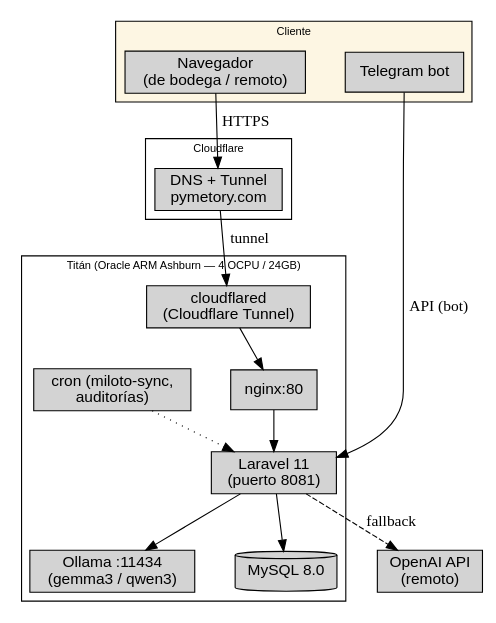
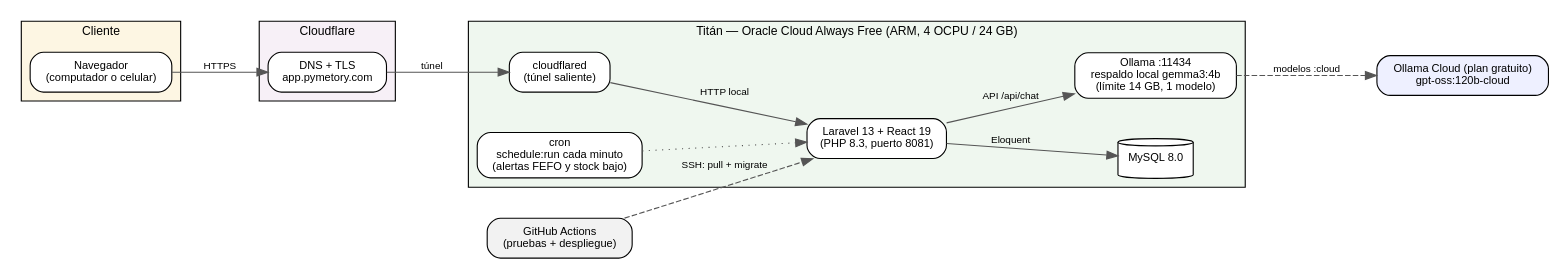
One commit to germanmurillas/gestor-inventario-pymes-llm changed the diagram in overleaf_tesis_humanizado/Anexos/Imagenes/DiagramaDespliegue.dot. Above: the diagram before and after it, drawn with Graphviz. The commit also changed 30 other files, not shown here.

```diff
--- a/overleaf_tesis_humanizado/Anexos/Imagenes/DiagramaDespliegue.dot
+++ b/overleaf_tesis_humanizado/Anexos/Imagenes/DiagramaDespliegue.dot
@@ -1,31 +1,31 @@
-digraph DESPLIEGUE {
-  rankdir=TB; bgcolor=white; nodesep=.5; fontname="Helvetica"; fontsize=10;
-  node [shape=box, fontname="Helvetica", style=filled];
+// Despliegue real de Pymetory (verificado en el servidor el 25-sep-2026)
+digraph Despliegue {
+  graph [rankdir=LR, fontname="Helvetica", fontsize=11, nodesep=0.5, ranksep=0.8];
+  node [shape=box, style="rounded,filled", fillcolor="#FFFFFF", fontname="Helvetica", fontsize=10];
+  edge [fontname="Helvetica", fontsize=9, color="#555555"];
 
-  subgraph cluster_user {
-    label="Cliente"; fillcolor="#FDF6E3"; style=filled;
-    BROWSER [label="Navegador\n(de bodega / remoto)"];
-    TG [label="Telegram bot"];
-  }
-  subgraph cluster_titan {
-    label="Titán (Oracle ARM Ashburn — 4 OCPU / 24GB)"; fillcolor="#EFF7EF";
-    TUNNEL [label="cloudflared\n(Cloudflare Tunnel)"];
-    NGINX [label="nginx:80"];
-    APP [label="Laravel 11\n(puerto 8081)"];
-    OLLAMA [label="Ollama :11434\n(gemma3 / qwen3)"];
+  subgraph cluster_cliente { label="Cliente"; style=filled; fillcolor="#FDF6E3";
+    BROWSER [label="Navegador\n(computador o celular)"]; }
+
+  subgraph cluster_cf { label="Cloudflare"; style=filled; fillcolor="#F7F0F7";
+    DNS [label="DNS + TLS\napp.pymetory.com"]; }
+
+  subgraph cluster_titan { label="Titán — Oracle Cloud Always Free (ARM, 4 OCPU / 24 GB)"; style=filled; fillcolor="#EFF7EF";
+    TUNNEL [label="cloudflared\n(túnel saliente)"];
+    APP [label="Laravel 13 + React 19\n(PHP 8.3, puerto 8081)"];
     MYSQL [label="MySQL 8.0", shape=cylinder];
-    CRON [label="cron (miloto-sync,\nauditorías)"];
-  }
-  subgraph cluster_cf {
-    label="Cloudflare"; fillcolor="#F7F0F7";
-    DNS [label="DNS + Tunnel\npymetory.com"];
-  }
-  OPENAI [label="OpenAI API\n(remoto)"];
+    OLLAMA [label="Ollama :11434\nrespaldo local gemma3:4b\n(límite 14 GB, 1 modelo)"];
+    CRON [label="cron\nschedule:run cada minuto\n(alertas FEFO y stock bajo)"]; }
+
+  OCLOUD [label="Ollama Cloud (plan gratuito)\ngpt-oss:120b-cloud", fillcolor="#EEF0FF"];
+  GH [label="GitHub Actions\n(pruebas + despliegue)", fillcolor="#F2F2F2"];
 
   BROWSER -> DNS [label="HTTPS"];
-  DNS -> TUNNEL [label="tunnel"];
-  TG -> APP [label="API (bot)"];
-  TUNNEL -> NGINX -> APP;
-  APP -> MYSQL; APP -> OLLAMA; APP -> OPENAI [style=dashed, label="fallback"];
+  DNS -> TUNNEL [label="túnel"];
+  TUNNEL -> APP [label="HTTP local"];
+  APP -> MYSQL [label="Eloquent"];
+  APP -> OLLAMA [label="API /api/chat"];
+  OLLAMA -> OCLOUD [label="modelos :cloud", style=dashed];
   CRON -> APP [style=dotted];
+  GH -> APP [label="SSH: pull + migrate", style=dashed];
 }
```
